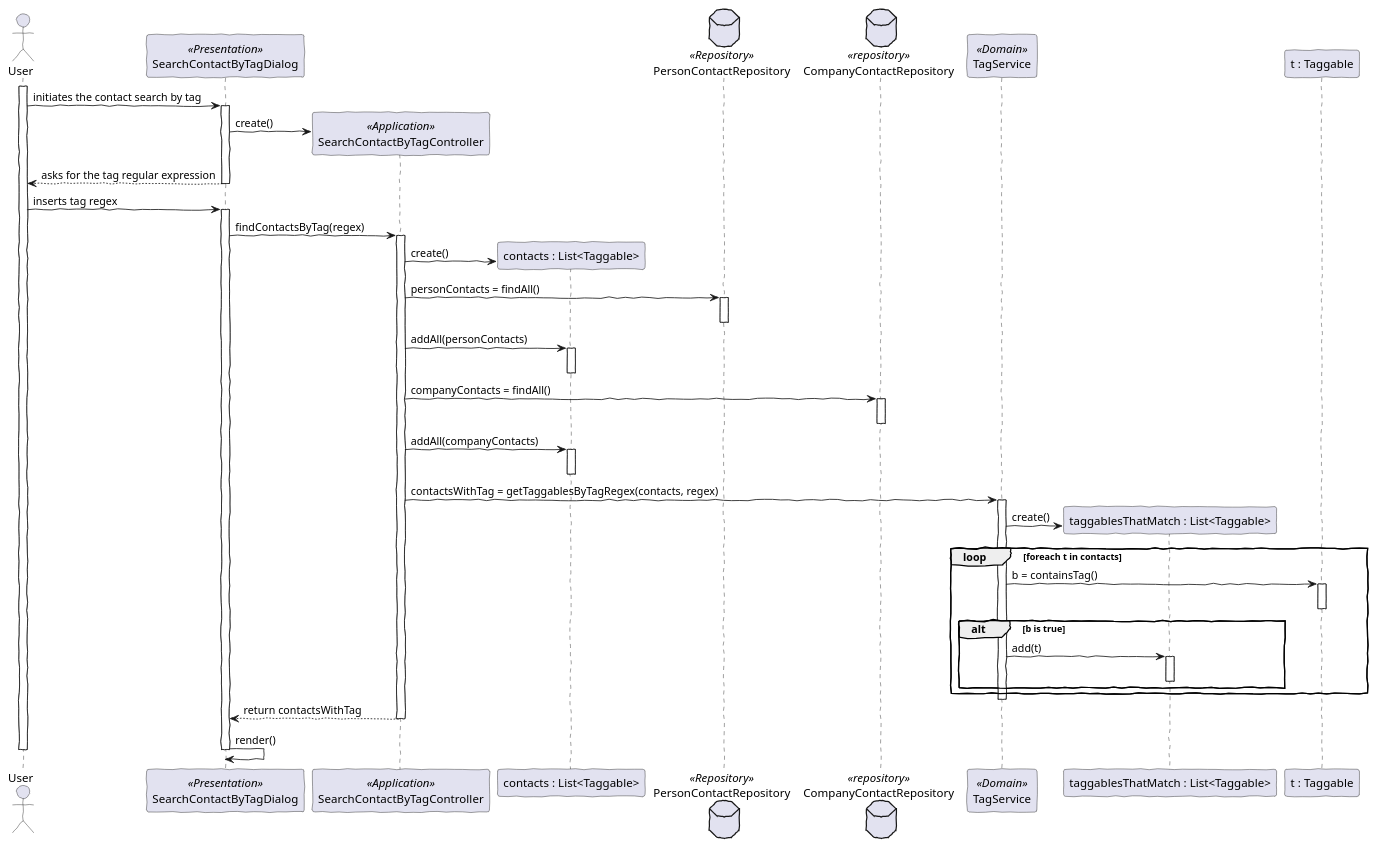
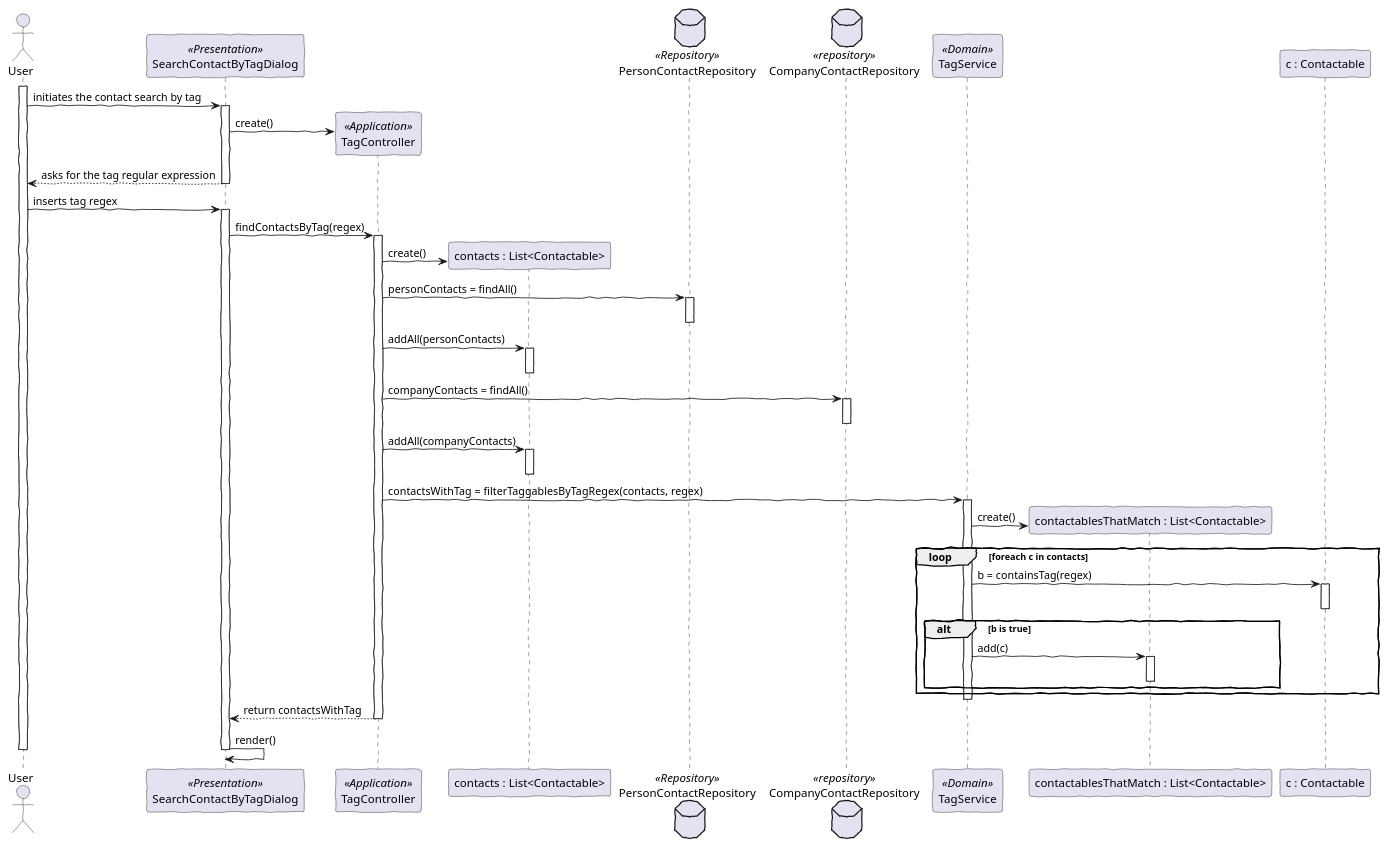
Before and after one commit to MikeTekOn/lapr4-2017-2dd: the diagram in src/main/java/lapr4/blue/s3/core/n1151159/contactswithtags/search_contacts_by_tag_sd.puml, drawn with PlantUML. The commit also changed 18 other files, not shown here.

```diff
--- a/src/main/java/lapr4/blue/s3/core/n1151159/contactswithtags/search_contacts_by_tag_sd.puml
+++ b/src/main/java/lapr4/blue/s3/core/n1151159/contactswithtags/search_contacts_by_tag_sd.puml
@@ -1,71 +1,71 @@
 @startuml search_contacts_by_tag_ssd.png
 
 'http://plantuml.com/skinparam.html'
 skinparam handwritten true
 skinparam defaultFontName FG Virgil
 skinparam shadowing false
 
 actor User as U
 participant "SearchContactByTagDialog" as dialog <<Presentation>>
-participant "SearchContactByTagController" as ctrl <<Application>>
-participant "contacts : List<Taggable>" as contacts
+participant "TagController" as ctrl <<Application>>
+participant "contacts : List<Contactable>" as contacts
 database PersonContactRepository as pRepo <<Repository>>
 database CompanyContactRepository as cRepo <<repository>>
 participant TagService as serv <<Domain>>
-participant "taggablesThatMatch : List<Taggable>" as ts
-participant "t : Taggable" as t
+participant "contactablesThatMatch : List<Contactable>" as ts
+participant "c : Contactable" as t
 
 activate U
 
 U -> dialog : initiates the contact search by tag
 activate dialog
 create ctrl
 dialog -> ctrl : create()
 U <-- dialog : asks for the tag regular expression
 deactivate dialog
 
 U -> dialog : inserts tag regex
 activate dialog
 dialog -> ctrl : findContactsByTag(regex)
 activate ctrl
 create contacts
 ctrl -> contacts : create()
 ctrl -> pRepo : personContacts = findAll()
 activate pRepo
 deactivate pRepo
 ctrl -> contacts : addAll(personContacts)
 activate contacts
 deactivate contacts
 ctrl -> cRepo : companyContacts = findAll()
 activate cRepo
 deactivate cRepo
 ctrl -> contacts : addAll(companyContacts)
 activate contacts
 deactivate contacts
-ctrl -> serv : contactsWithTag = getTaggablesByTagRegex(contacts, regex)
+ctrl -> serv : contactsWithTag = filterTaggablesByTagRegex(contacts, regex)
 activate serv
 
 create ts
 serv -> ts : create()
-loop foreach t in contacts
-    serv -> t : b = containsTag()
+loop foreach c in contacts
+    serv -> t : b = containsTag(regex)
     activate t
     deactivate t
     alt b is true
-        serv -> ts : add(t)
+        serv -> ts : add(c)
         activate ts
         deactivate ts
     end
 end
 deactivate serv
 
 
 dialog <-- ctrl : return contactsWithTag
 deactivate ctrl
 
 dialog -> dialog : render()
 deactivate dialog
 
 deactivate U
 
 @enduml
```
